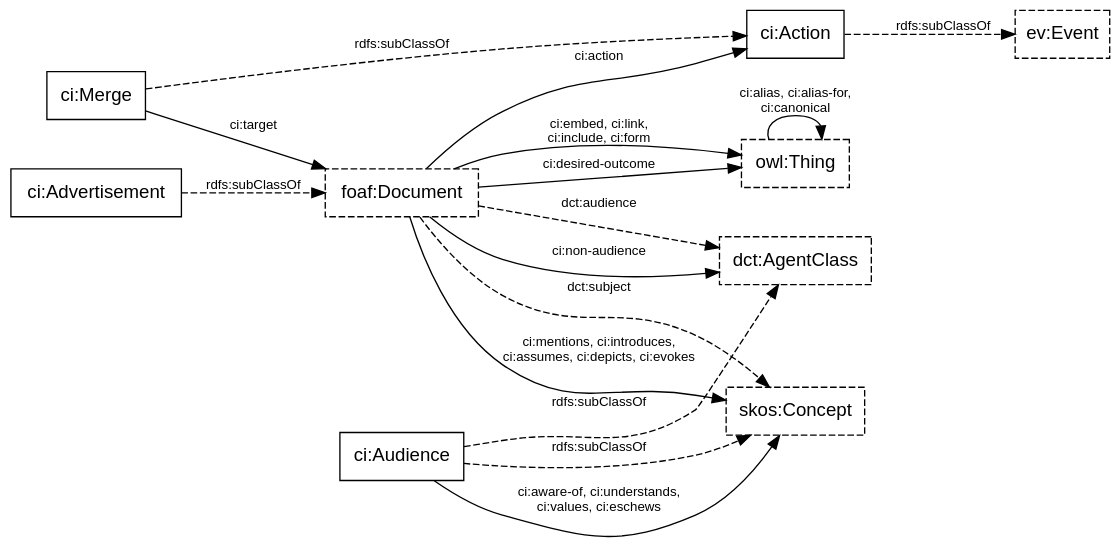
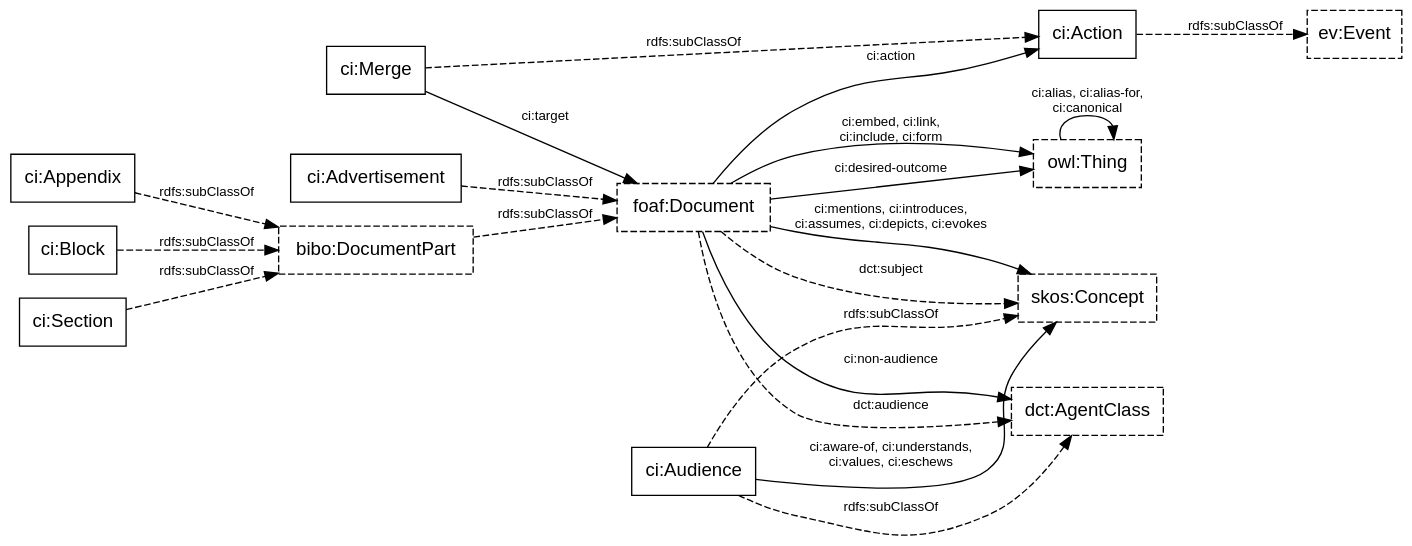
Before and after one commit to doriantaylor/owl-content-inventory: the diagram in content-inventory-classes.dot, drawn with Graphviz. The commit also changed 2 other files, not shown here.

```diff
--- a/content-inventory-classes.dot
+++ b/content-inventory-classes.dot
@@ -1,40 +1,48 @@
-digraph {
+digraph classes {
     graph [bgcolor=transparent,rankdir=LR];
     node [shape=box,color="#000000",fontcolor="#000000",fontname="Lucida Grande, Lucida Sans Unicode, sans-serif",target="_top"];
     edge [fontsize=10,concentrate=true,color="#000000",fontcolor="#000000",fontname="Lucida Grande, Lucida Sans Unicode, sans-serif"];
     subgraph {
         node [style=dashed];
         owl_Thing [label="owl:Thing",href="https://www.w3.org/TR/2012/REC-owl2-syntax-20121211/#a_Thing"];
         ev_Event [label="ev:Event",href="http://motools.sourceforge.net/event/event.html#term_Event"];
         dct_AgentClass [label="dct:AgentClass",href="http://www.dublincore.org/specifications/dublin-core/dcmi-terms/#terms-AgentClass"];
         skos_Concept [label="skos:Concept",href="https://www.w3.org/TR/skos-reference/#concepts"];
         foaf_Document [label="foaf:Document",href="http://xmlns.com/foaf/spec/#term_Document"];
+        bibo_DocumentPart [label="bibo:DocumentPart",href="http://purl.org/ontology/bibo/DocumentPart"];
     }
 
-    ci_Action [label="ci:Action",href="https://privatealpha.com/ontology/content-inventory/1#Action"];
-    ci_Advertisement [label="ci:Advertisement",href="https://privatealpha.com/ontology/content-inventory/1#Advertisement"];
-    ci_Audience [label="ci:Audience",href="https://privatealpha.com/ontology/content-inventory/1#Audience"];
-    ci_Merge [label="ci:Merge",href="https://privatealpha.com/ontology/content-inventory/1#Merge"];
+    ci_Action [label="ci:Action",href="https://vocab.methodandstructure.com/content-inventory#Action"];
+    ci_Advertisement [label="ci:Advertisement",href="https://vocab.methodandstructure.com/content-inventory#Advertisement"];
+    ci_Audience [label="ci:Audience",href="https://vocab.methodandstructure.com/content-inventory#Audience"];
+    ci_Merge [label="ci:Merge",href="https://vocab.methodandstructure.com/content-inventory#Merge"];
+    ci_Appendix [label="ci:Appendix",href="https://vocab.methodandstructure.com/content-inventory#Appendix"];
+    ci_Block [label="ci:Block",href="https://vocab.methodandstructure.com/content-inventory#Block"];
+    ci_Section [label="ci:Section",href="https://vocab.methodandstructure.com/content-inventory#Section"];
+
     ci_Merge -> foaf_Document [label="ci:target"];
     foaf_Document -> ci_Action [label="ci:action"];
 
     foaf_Document -> skos_Concept [label="ci:mentions, ci:introduces,\nci:assumes, ci:depicts, ci:evokes"];
     ci_Audience -> skos_Concept [label="ci:aware-of, ci:understands,\nci:values, ci:eschews"];
     foaf_Document -> dct_AgentClass [label="ci:non-audience"];
     foaf_Document -> owl_Thing [label="ci:desired-outcome"];
     foaf_Document -> owl_Thing [label="ci:embed, ci:link,\nci:include, ci:form"];
     owl_Thing -> owl_Thing [label="ci:alias, ci:alias-for,\nci:canonical"]
-    
+
     subgraph {
         edge [style=dashed, label="rdfs:subClassOf"];
         ci_Merge -> ci_Action -> ev_Event;
         ci_Audience -> dct_AgentClass;
         ci_Audience -> skos_Concept;
         ci_Advertisement -> foaf_Document;
+        ci_Appendix -> bibo_DocumentPart -> foaf_Document;
+        ci_Block -> bibo_DocumentPart;
+        ci_Section -> bibo_DocumentPart;
     }
     subgraph {
         edge [style=dashed];
         foaf_Document -> skos_Concept [label="dct:subject"];
         foaf_Document -> dct_AgentClass [label="dct:audience"];
     }
 }
```
